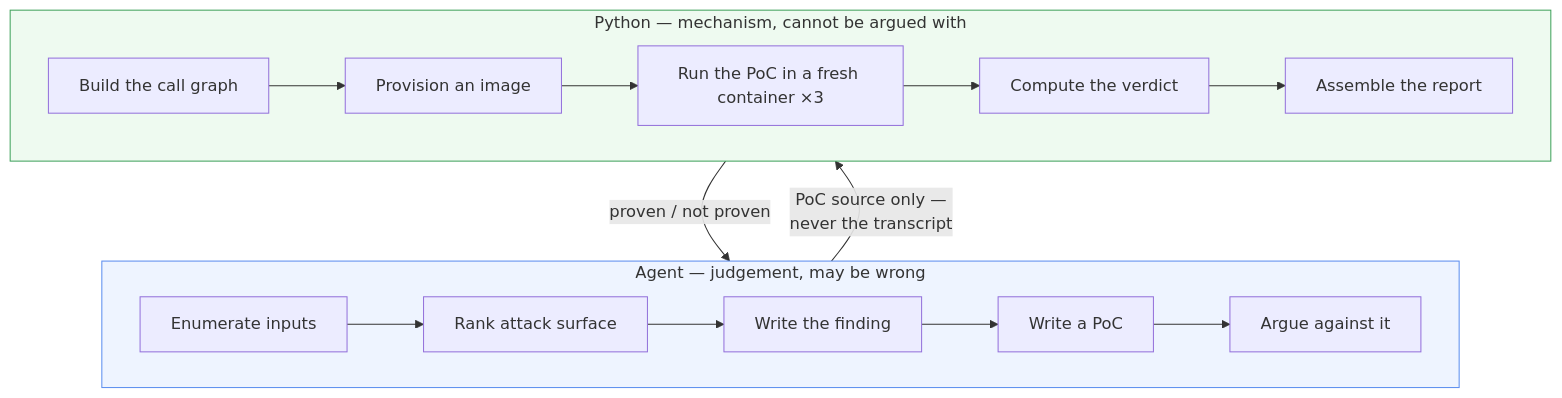
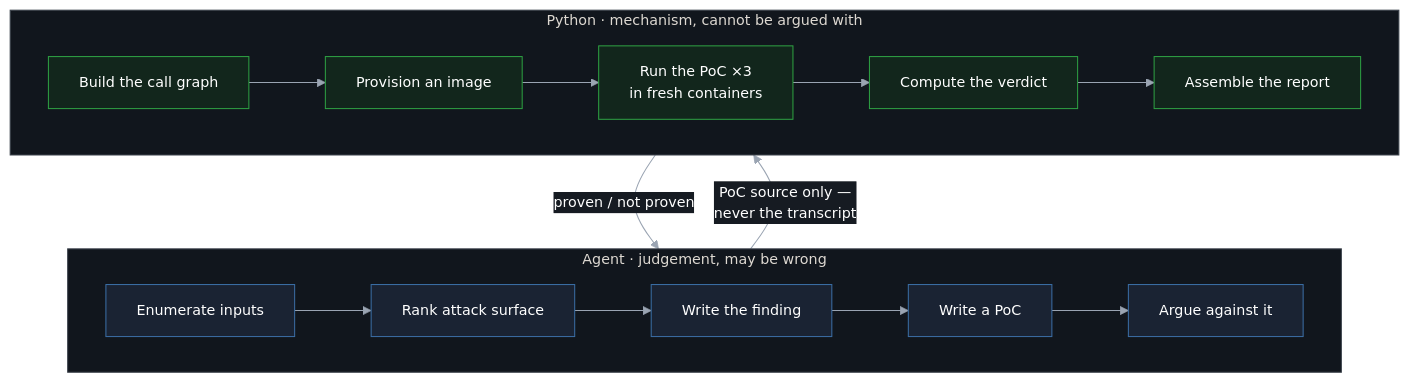
One commit to 0xsharz/pyhunt changed the second of 16 diagrams in docs/ARCHITECTURE.md. Above: the diagram before and after it, drawn with Mermaid. The commit also changed other lines of this file and 1 other file, not shown here.

````diff
--- a/docs/ARCHITECTURE.md
+++ b/docs/ARCHITECTURE.md
@@ -83,24 +86,27 @@
 ```mermaid
+%%{init: {"theme":"base","themeVariables":{"background":"#0d1117","primaryColor":"#161b22","primaryTextColor":"#ffffff","primaryBorderColor":"#3d444d","lineColor":"#9aa4b2","secondaryColor":"#1c2128","tertiaryColor":"#21262d","mainBkg":"#161b22","textColor":"#ffffff","nodeTextColor":"#ffffff","edgeLabelBackground":"#161b22","clusterBkg":"#11161d","clusterBorder":"#3d444d","fontSize":"14px"}}}%%
 flowchart TB
-    subgraph JUDGEMENT["Agent — judgement, may be wrong"]
+    subgraph JUDGEMENT["Agent · judgement, may be wrong"]
         direction LR
         A1["Enumerate inputs"] --> A2["Rank attack surface"]
         A2 --> A3["Write the finding"]
         A3 --> A4["Write a PoC"]
         A4 --> A5["Argue against it"]
     end
 
-    subgraph MECHANISM["Python — mechanism, cannot be argued with"]
+    subgraph MECHANISM["Python · mechanism, cannot be argued with"]
         direction LR
         M1["Build the call graph"] --> M2["Provision an image"]
-        M2 --> M3["Run the PoC in a fresh container ×3"]
+        M2 --> M3["Run the PoC ×3<br/>in fresh containers"]
         M3 --> M4["Compute the verdict"]
         M4 --> M5["Assemble the report"]
     end
 
     A4 -->|"PoC source only —<br/>never the transcript"| M3
     M4 -->|"proven / not proven"| A5
 
-    style JUDGEMENT fill:#eef4ff,stroke:#5b8def
-    style MECHANISM fill:#eefaf0,stroke:#3fa15c
+    classDef soft fill:#1a2333,stroke:#3b6ea5,color:#ffffff
+    classDef hard fill:#12261c,stroke:#2ea043,color:#ffffff
+    class A1,A2,A3,A4,A5 soft
+    class M1,M2,M3,M4,M5 hard
 ```
````
